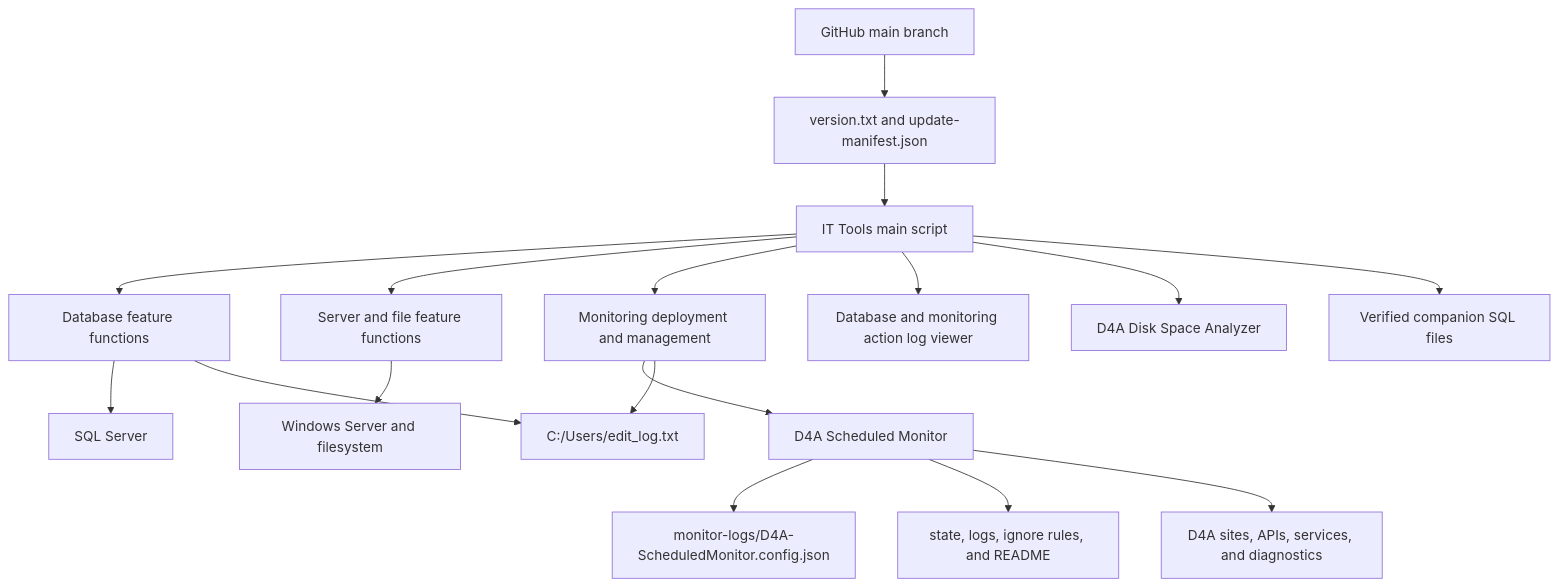
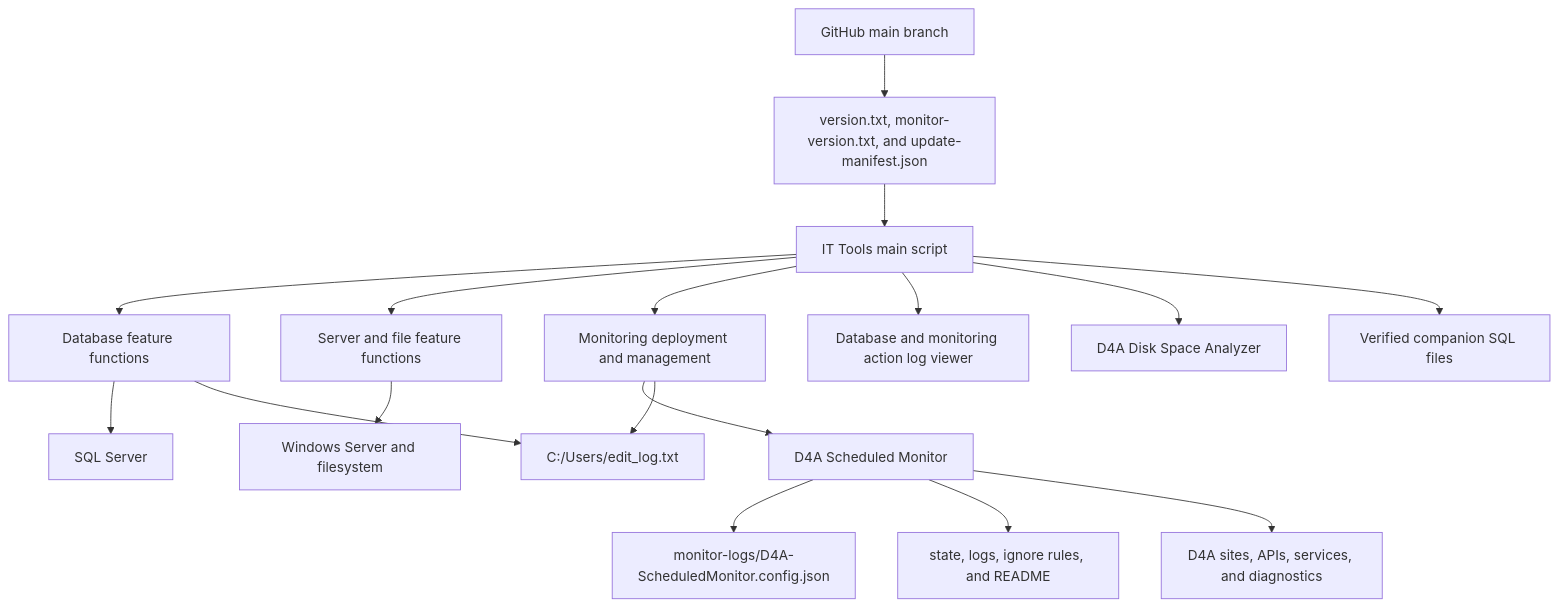
Before and after one commit to Khaled-barbar/IT_Tools_DB_Management_Server_Tools: the first of 5 diagrams in docs/02-technical-design.md, drawn with Mermaid. The commit also changed other lines of this file and 9 other files, not shown here.

````diff
--- a/docs/02-technical-design.md
+++ b/docs/02-technical-design.md
@@ -11,19 +11,19 @@
 ```mermaid
 flowchart TD
-    GitHub["GitHub main branch"] --> Release["version.txt and update-manifest.json"]
+    GitHub["GitHub main branch"] --> Release["version.txt, monitor-version.txt, and update-manifest.json"]
     Release --> Main["IT Tools main script"]
     Main --> DB["Database feature functions"]
     Main --> Server["Server and file feature functions"]
     Main --> Deploy["Monitoring deployment and management"]
     Main --> Audit["Database and monitoring action log viewer"]
     Main --> Disk["D4A Disk Space Analyzer"]
     Main --> SQLFiles["Verified companion SQL files"]
     Deploy --> Monitor["D4A Scheduled Monitor"]
     Monitor --> Config["monitor-logs/D4A-ScheduledMonitor.config.json"]
     Monitor --> State["state, logs, ignore rules, and README"]
     DB --> SqlServer["SQL Server"]
     Server --> Windows["Windows Server and filesystem"]
     Monitor --> App["D4A sites, APIs, services, and diagnostics"]
     DB --> EditLog["C:/Users/edit_log.txt"]
     Deploy --> EditLog
 ```
````
